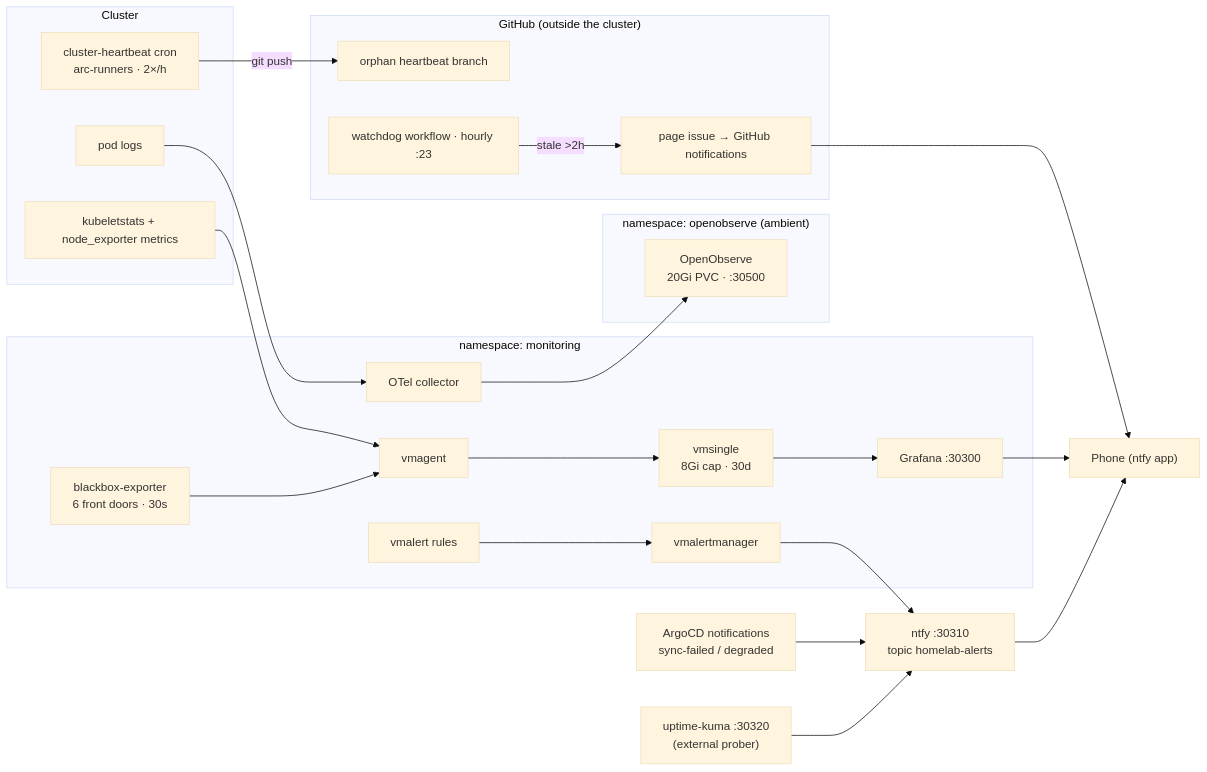
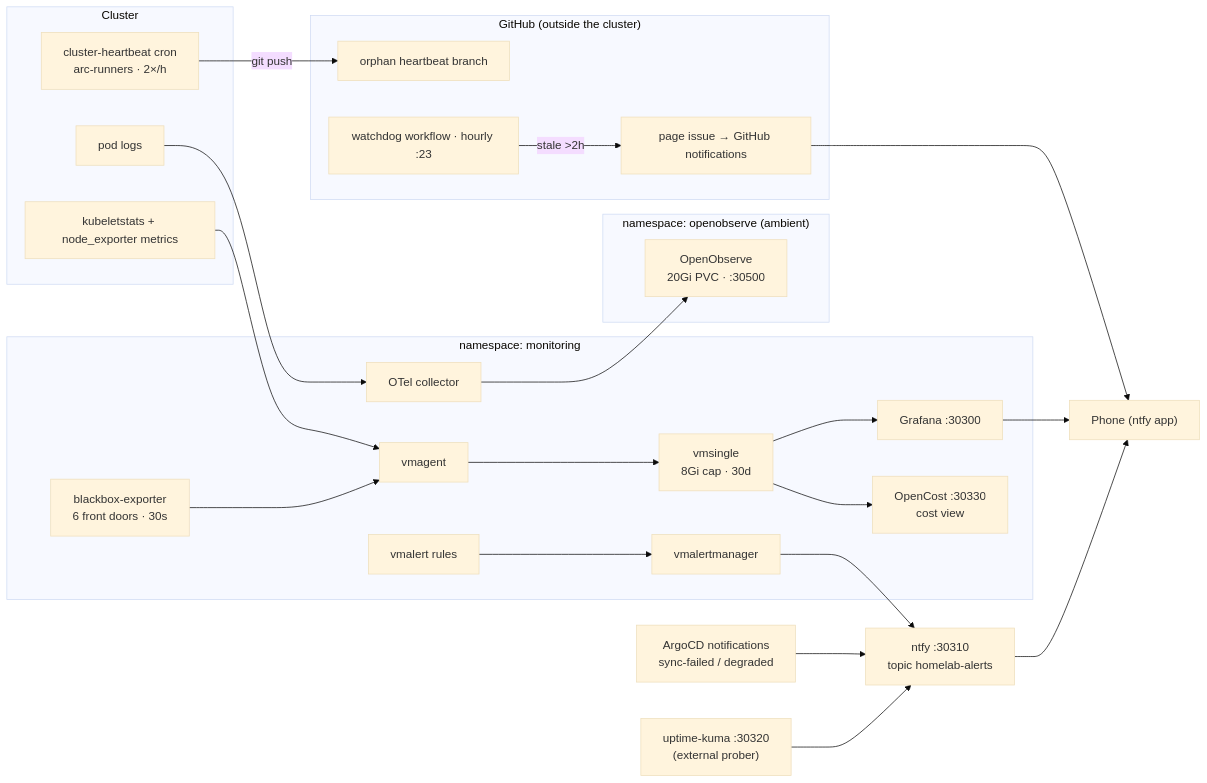
The sixth of 8 diagrams in docs/architecture.md (Blacklotus89898/Homelab), drawn with Mermaid (base theme) before and after one commit. The commit also changed other lines of this file and 1 other file, not shown here.

First line of the commit message:
docs: close out OpenCost capacity view (Phase 3 item 3)

````diff
--- a/docs/architecture.md
+++ b/docs/architecture.md
@@ -225,37 +227,38 @@
 ```mermaid
 flowchart LR
   subgraph sources["Cluster"]
     PODS["pod logs"]
     KUBE["kubeletstats + node_exporter metrics"]
     HB["cluster-heartbeat cron<br/>arc-runners · 2×/h"]
   end
   subgraph mon["namespace: monitoring"]
     COLL["OTel collector"]
     BBX["blackbox-exporter<br/>6 front doors · 30s"]
     BBX --> VMA["vmagent"] --> VMS["vmsingle<br/>8Gi cap · 30d"]
     VMS --> GRAF["Grafana :30300"]
+    VMS --> OCST["OpenCost :30330<br/>cost view"]
     VMAL["vmalert rules"] --> VMM["vmalertmanager"]
   end
   subgraph oons["namespace: openobserve (ambient)"]
     OO["OpenObserve<br/>20Gi PVC · :30500"]
   end
   subgraph gh["GitHub (outside the cluster)"]
     BR["orphan heartbeat branch"]
     WD["watchdog workflow · hourly :23"]
     ISS["page issue → GitHub notifications"]
   end
   NTFY["ntfy :30310<br/>topic homelab-alerts"]
   KUMA["uptime-kuma :30320<br/>(external prober)"]
   ARGN["ArgoCD notifications<br/>sync-failed / degraded"]
   PHONE["Phone (ntfy app)"]
   PODS --> COLL --> OO
   KUBE --> VMA
   VMM --> NTFY
   KUMA --> NTFY
   ARGN --> NTFY
   NTFY --> PHONE
   GRAF --> PHONE
   HB -->|"git push"| BR
   WD -->|"stale >2h"| ISS
   ISS --> PHONE
 ```
````
